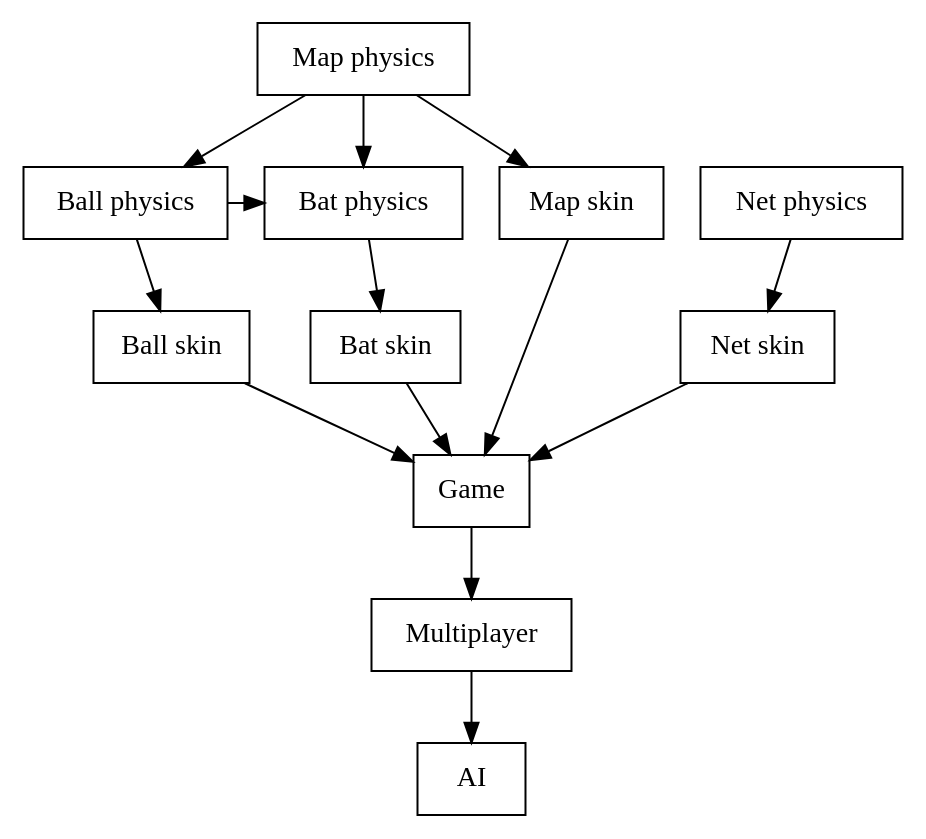
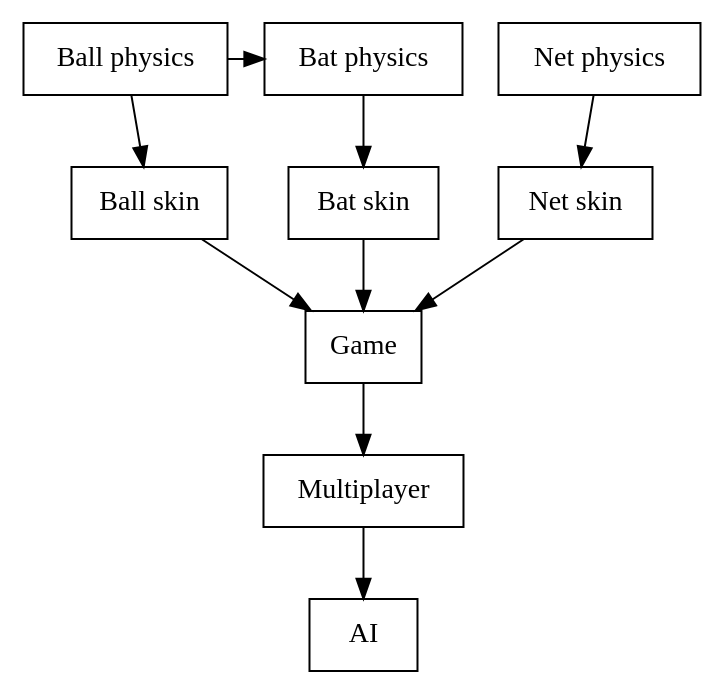
Before and after one commit to Lotes/impress-playground: the diagram in docs/task-tree.dot, drawn with Graphviz. The commit also changed 12 other files, not shown here.

```diff
--- a/docs/task-tree.dot
+++ b/docs/task-tree.dot
@@ -1,31 +1,25 @@
 digraph Tasks {
   node [shape=rectangle]
   taskBallPhy [label="Ball physics", URL="ball-physics.html"]
   taskBatPhy [label="Bat physics", URL="bat-physics.html"]
   taskBatSkin [label="Bat skin", URL="ball-physics.html"]
   taskBallSkin [label="Ball skin", URL="ball-skin.html"]
-  taskMapPhy [label="Map physics", URL="map-physics.html"]
-  taskMapSkin [label="Map skin", URL="map-skin.html"]
   taskNetPhy [label="Net physics", URL="net-phy.html"]
   taskNetSkin [label="Net skin", URL="net-skin.html"]
   taskGame [label="Game", URL="game.html"]
   taskAI [label="AI", URL="ai.html"]
   taskMultiplayer [label="Multiplayer", URL="multiplayer.html"]
   {rank = same; taskBatPhy; taskBallPhy; taskNetPhy; }
-  
+
   taskNetPhy -> taskNetSkin
-  taskMapPhy -> taskBallPhy
-  taskMapPhy -> taskBatPhy
   taskBallPhy -> taskBatPhy
   taskBallPhy -> taskBallSkin
   taskBatPhy -> taskBatSkin
-  taskMapPhy -> taskMapSkin
-  
+
   taskNetSkin -> taskGame
   taskBallSkin -> taskGame
   taskBatSkin -> taskGame
-  taskMapSkin -> taskGame
-  
+
   taskGame -> taskMultiplayer
   taskMultiplayer -> taskAI
 }
```
